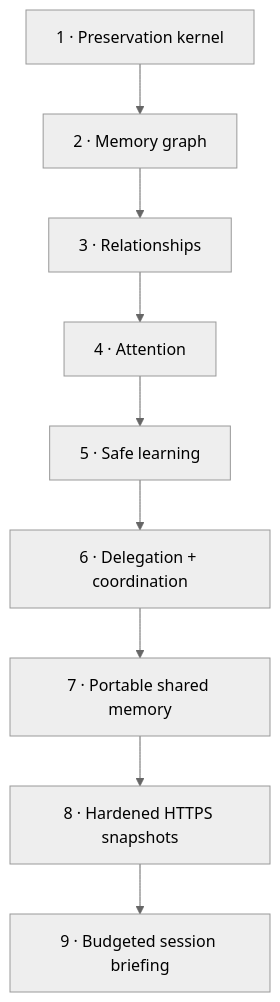
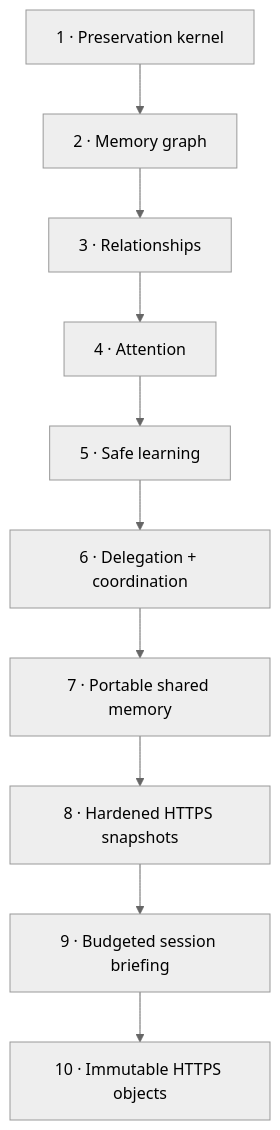
The diagram in docs/roadmap.md (Maykbiletti/AgentSpine), drawn with Mermaid (neutral theme) before and after one commit. The commit also changed other lines of this file and 17 other files, not shown here.

Commit message:
feat: add immutable HTTPS object publishing

````diff
--- a/docs/roadmap.md
+++ b/docs/roadmap.md
@@ -5,11 +5,12 @@
 ```mermaid
 flowchart TB
     A["1 · Preservation kernel"] --> B["2 · Memory graph"]
     B --> C["3 · Relationships"]
     C --> D["4 · Attention"]
     D --> E["5 · Safe learning"]
     E --> F["6 · Delegation + coordination"]
     F --> G["7 · Portable shared memory"]
     G --> H["8 · Hardened HTTPS snapshots"]
     H --> I["9 · Budgeted session briefing"]
+    I --> J["10 · Immutable HTTPS objects"]
 ```
````
